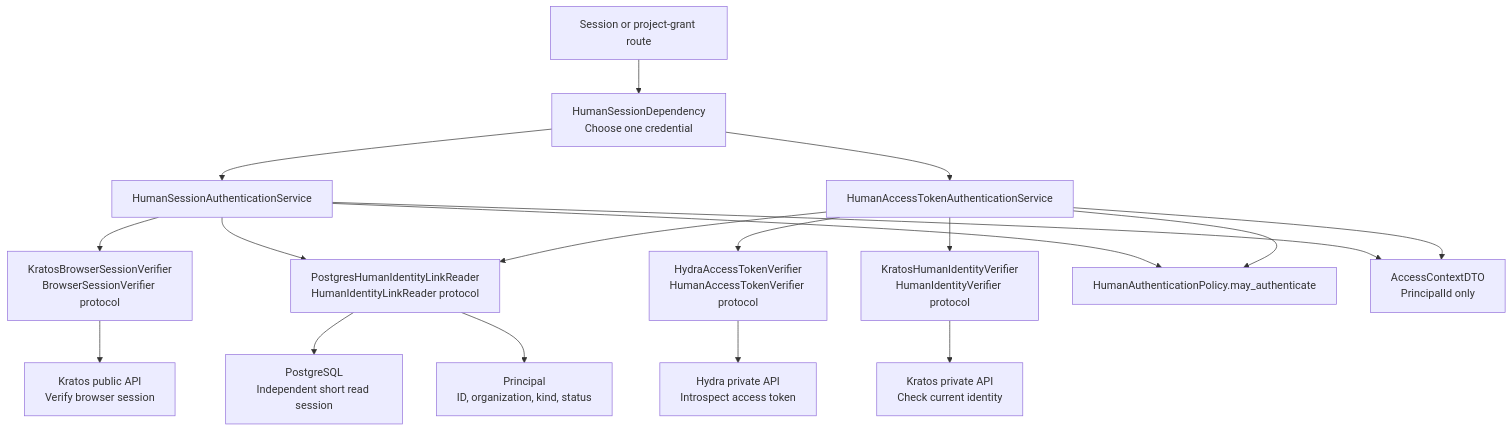
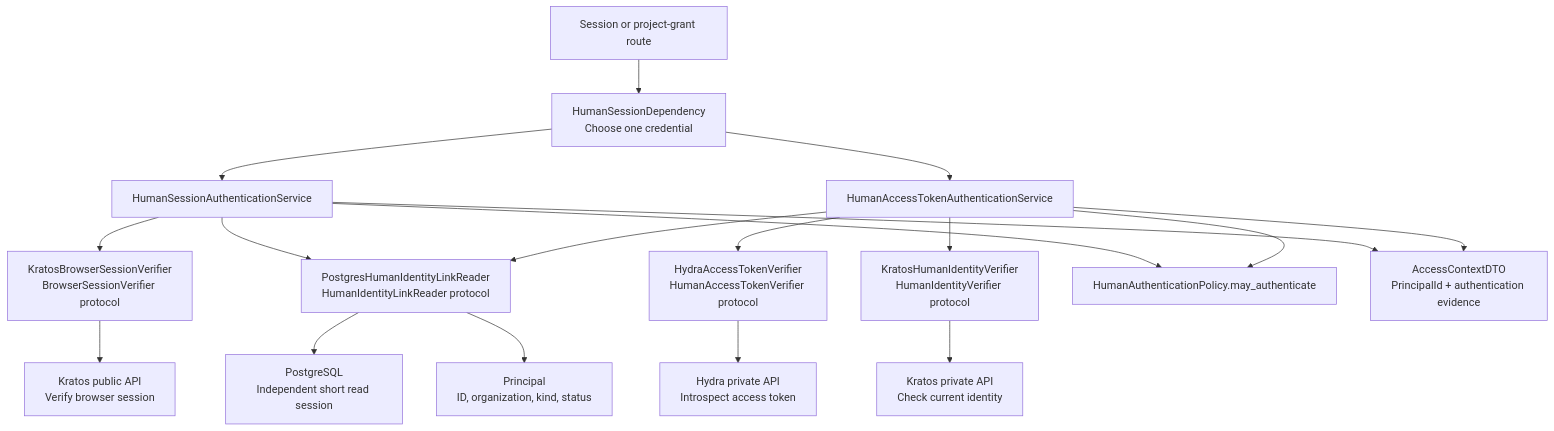
One commit to matejpalenik/inframeld changed the first of 2 diagrams in docs/development/application-structure.md. Above: the diagram before and after it, drawn with Mermaid. The commit also changed other lines of this file and 155 other files, not shown here.

````diff
--- a/docs/development/application-structure.md
+++ b/docs/development/application-structure.md
@@ -453,20 +473,20 @@
 ```mermaid
 flowchart TD
     Route["Session or project-grant route"] --> Dependency["HumanSessionDependency<br/>Choose one credential"]
     Dependency --> Cookie["HumanSessionAuthenticationService"]
     Dependency --> Bearer["HumanAccessTokenAuthenticationService"]
     Cookie --> SessionVerifier["KratosBrowserSessionVerifier<br/>BrowserSessionVerifier protocol"]
     SessionVerifier --> KratosPublic["Kratos public API<br/>Verify browser session"]
     Bearer --> TokenVerifier["HydraAccessTokenVerifier<br/>HumanAccessTokenVerifier protocol"]
     TokenVerifier --> Hydra["Hydra private API<br/>Introspect access token"]
     Bearer --> IdentityVerifier["KratosHumanIdentityVerifier<br/>HumanIdentityVerifier protocol"]
     IdentityVerifier --> KratosAdmin["Kratos private API<br/>Check current identity"]
     Cookie --> Reader["PostgresHumanIdentityLinkReader<br/>HumanIdentityLinkReader protocol"]
     Bearer --> Reader
     Reader --> Postgres["PostgreSQL<br/>Independent short read session"]
     Reader --> Principal["Principal<br/>ID, organization, kind, status"]
     Cookie --> Policy["HumanAuthenticationPolicy.may_authenticate"]
     Bearer --> Policy
-    Cookie --> Context["AccessContextDTO<br/>PrincipalId only"]
+    Cookie --> Context["AccessContextDTO<br/>PrincipalId + authentication evidence"]
     Bearer --> Context
 ```
````
